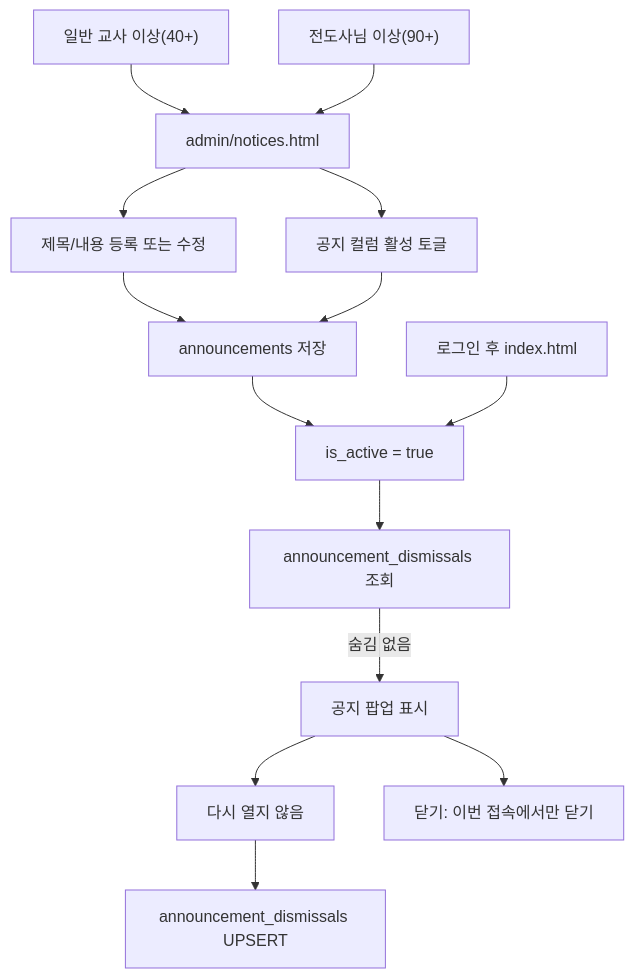
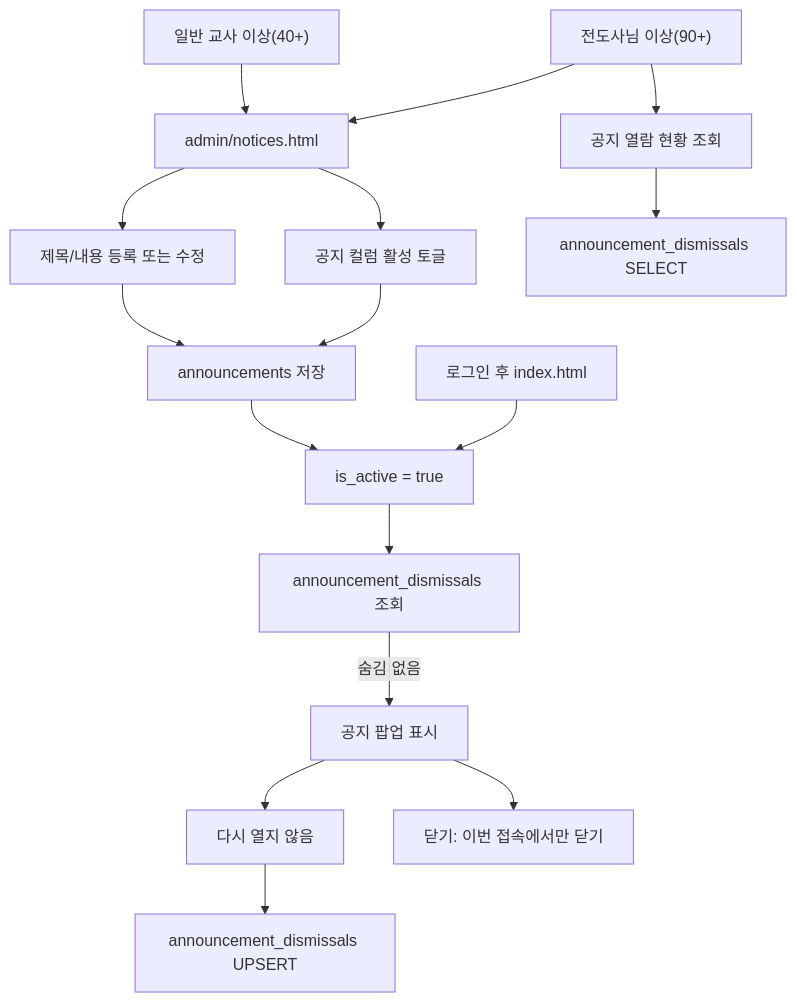
One commit to CHO-Talents-Test/CHO-Talents-Test changed the sixth of 16 diagrams in docs/PROJECT_ARCHITECTURE_FLOW.md. Above: the diagram before and after it, drawn with Mermaid. The commit also changed other lines of this file and 16 other files, not shown here.

````diff
--- a/docs/PROJECT_ARCHITECTURE_FLOW.md
+++ b/docs/PROJECT_ARCHITECTURE_FLOW.md
@@ -332,16 +336,18 @@
 ```mermaid
 flowchart TD
   Viewer["일반 교사 이상(40+)"] --> NoticePage["admin/notices.html"]
   Operator["전도사님 이상(90+)"] --> NoticePage
   NoticePage --> CreateEdit["제목/내용 등록 또는 수정"]
   NoticePage --> Toggle["공지 컬럼 활성 토글"]
   CreateEdit --> Announcements["announcements 저장"]
   Toggle --> Announcements
   Announcements --> Active["is_active = true"]
   LoginHome["로그인 후 index.html"] --> Active
   Active --> DismissCheck["announcement_dismissals 조회"]
   DismissCheck -->|숨김 없음| Popup["공지 팝업 표시"]
   Popup --> Dismiss["다시 열지 않음"]
   Dismiss --> Store["announcement_dismissals UPSERT"]
   Popup --> Close["닫기: 이번 접속에서만 닫기"]
+  Operator --> ReadStatus["공지 열람 현황 조회"]
+  ReadStatus --> DismissRows["announcement_dismissals SELECT"]
 ```
````
